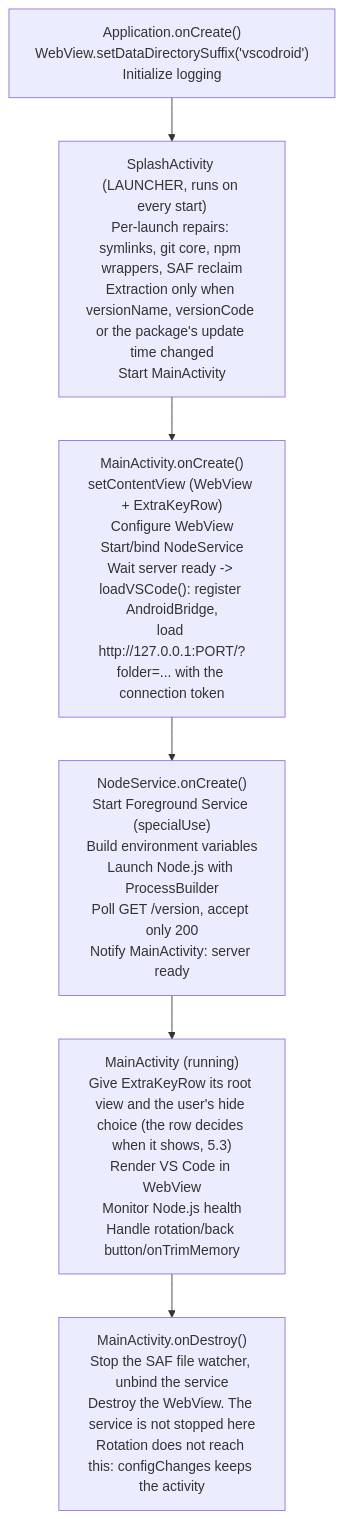
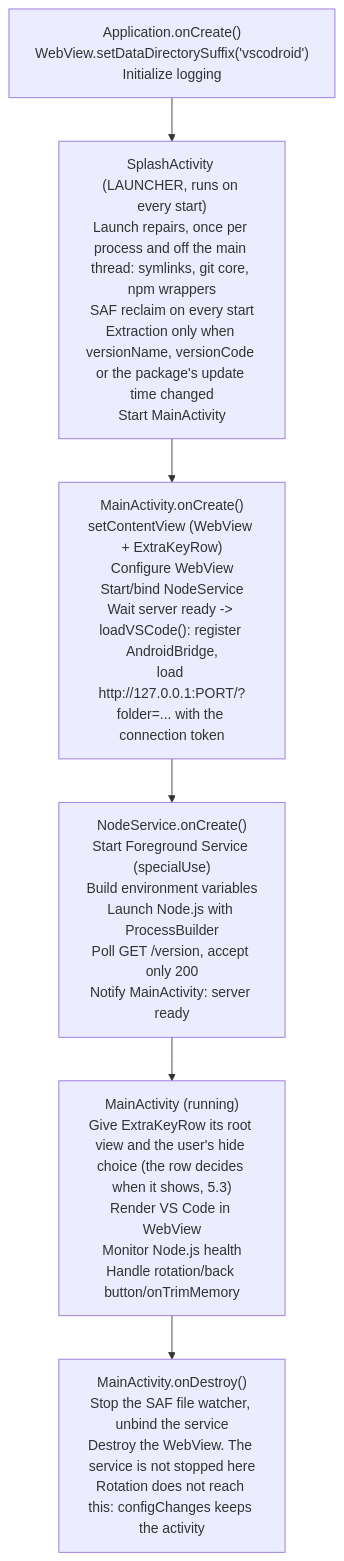
One commit to rmyndharis/VSCodroid changed the third of 5 diagrams in docs/04-TECHNICAL_SPEC.md. Above: the diagram before and after it, drawn with Mermaid. The commit also changed other lines of this file and 5 other files, not shown here.

First line of the commit message:
fix: run the launch file repairs once per process and off the main thread (#652)

````diff
--- a/docs/04-TECHNICAL_SPEC.md
+++ b/docs/04-TECHNICAL_SPEC.md
@@ -361,8 +361,8 @@
 ```mermaid
 flowchart TD
-  A["Application.onCreate()<br/>WebView.setDataDirectorySuffix('vscodroid')<br/>Initialize logging"] --> B["SplashActivity (LAUNCHER, runs on every start)<br/>Per-launch repairs: symlinks, git core, npm wrappers, SAF reclaim<br/>Extraction only when versionName, versionCode or the package's update time changed<br/>Start MainActivity"]
+  A["Application.onCreate()<br/>WebView.setDataDirectorySuffix('vscodroid')<br/>Initialize logging"] --> B["SplashActivity (LAUNCHER, runs on every start)<br/>Launch repairs, once per process and off the main thread: symlinks, git core, npm wrappers<br/>SAF reclaim on every start<br/>Extraction only when versionName, versionCode or the package's update time changed<br/>Start MainActivity"]
   B --> C["MainActivity.onCreate()<br/>setContentView (WebView + ExtraKeyRow)<br/>Configure WebView<br/>Start/bind NodeService<br/>Wait server ready -> loadVSCode(): register AndroidBridge,<br/>load http://127.0.0.1:PORT/?folder=... with the connection token"]
   C --> D["NodeService.onCreate()<br/>Start Foreground Service (specialUse)<br/>Build environment variables<br/>Launch Node.js with ProcessBuilder<br/>Poll GET /version, accept only 200<br/>Notify MainActivity: server ready"]
   D --> E["MainActivity (running)<br/>Give ExtraKeyRow its root view and the user's hide choice (the row decides when it shows, 5.3)<br/>Render VS Code in WebView<br/>Monitor Node.js health<br/>Handle rotation/back button/onTrimMemory"]
   E --> F["MainActivity.onDestroy()<br/>Stop the SAF file watcher, unbind the service<br/>Destroy the WebView. The service is not stopped here<br/>Rotation does not reach this: configChanges keeps the activity"]
 ```
````
